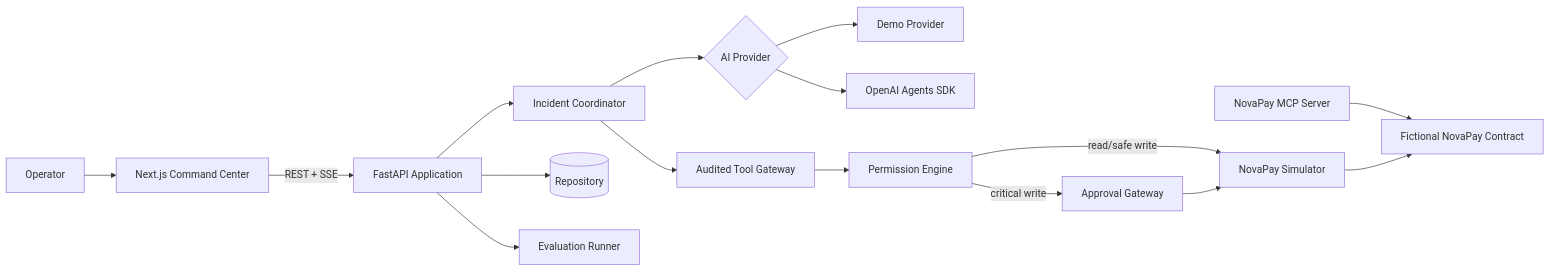
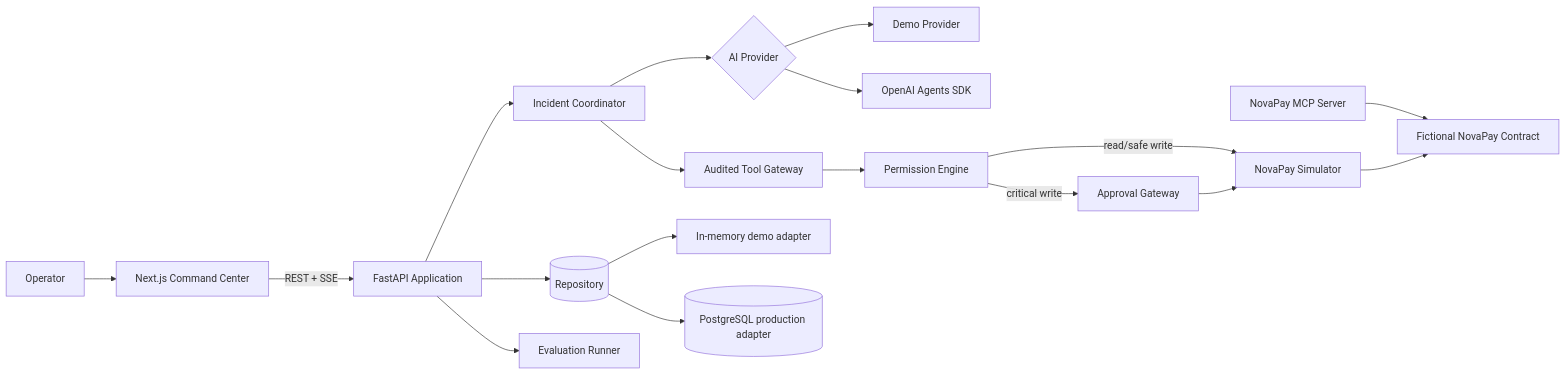
Before and after one commit to Lucas-Bonatto/resolve-ai: the first of 2 diagrams in docs/architecture.md, drawn with Mermaid. The commit also changed other lines of this file and 9 other files, not shown here.

````diff
--- a/docs/architecture.md
+++ b/docs/architecture.md
@@ -5,18 +5,20 @@
 ```mermaid
 flowchart LR
     U[Operator] --> W[Next.js Command Center]
     W -->|REST + SSE| A[FastAPI Application]
     A --> C[Incident Coordinator]
     C --> P{AI Provider}
     P --> D[Demo Provider]
     P --> O[OpenAI Agents SDK]
     C --> T[Audited Tool Gateway]
     T --> E[Permission Engine]
     E -->|read/safe write| N[NovaPay Simulator]
     E -->|critical write| H[Approval Gateway]
     H --> N
     A --> R[(Repository)]
+    R --> IM[In-memory demo adapter]
+    R --> PG[(PostgreSQL production adapter)]
     A --> V[Evaluation Runner]
     M[NovaPay MCP Server] --> F[Fictional NovaPay Contract]
     N --> F
 ```
````
